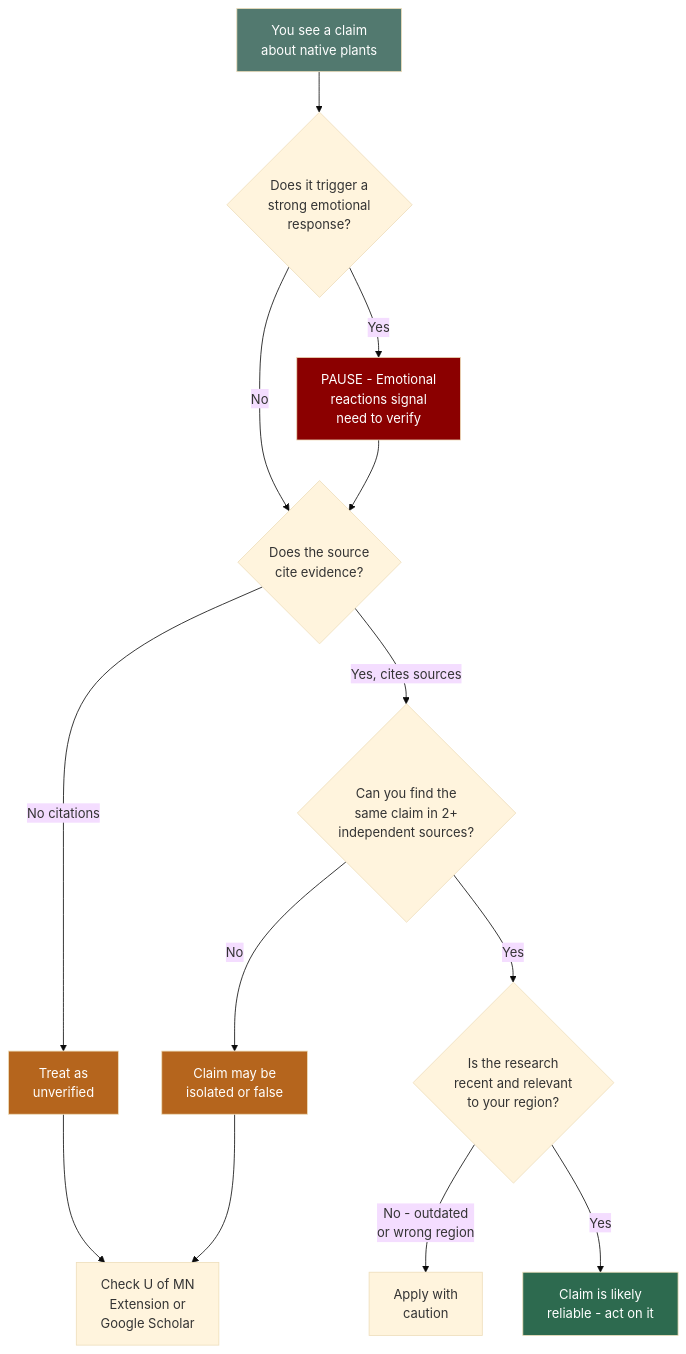
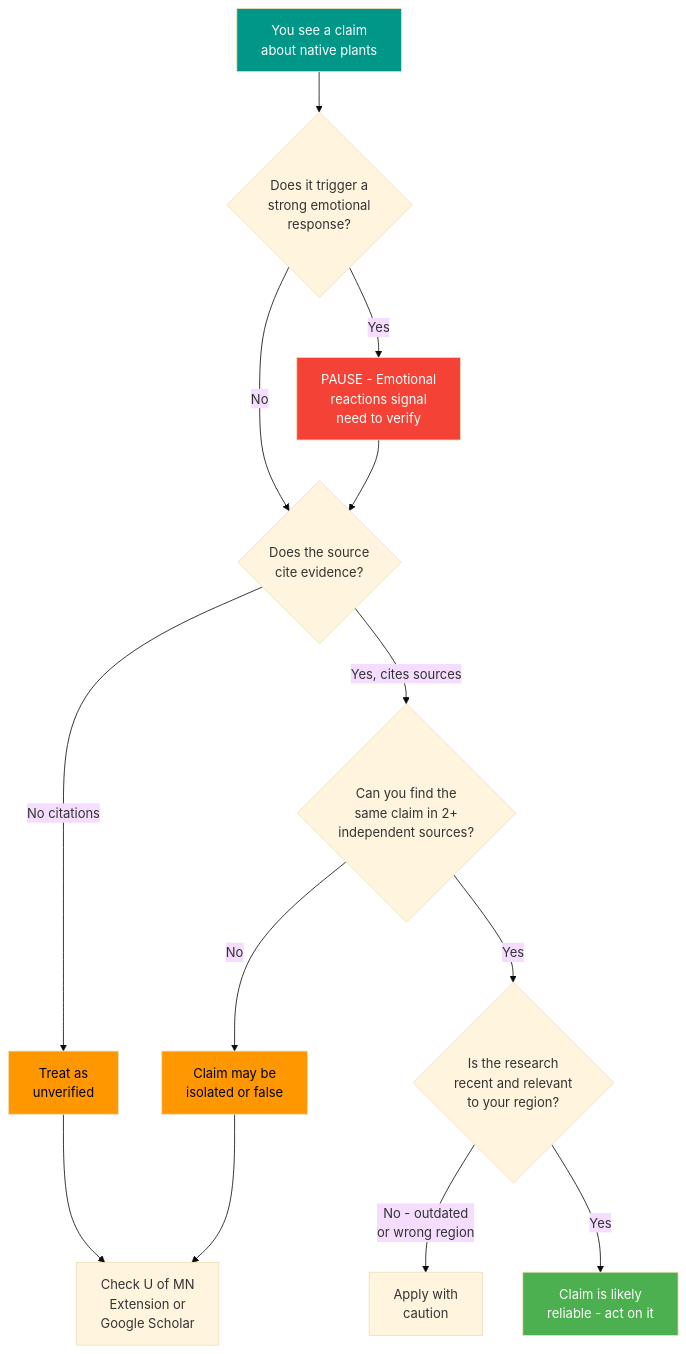
One commit to arunbatchu/minnesota-native-plants changed the second of 2 diagrams in docs/chapters/16-critical-thinking-misinfo/index.md. Above: the diagram before and after it, drawn with Mermaid (base theme). The commit also changed other lines of this file and 10 other files, not shown here.

First line of the commit message:
Fix Mermaid diagram colors for accessibility — high contrast palette

````diff
--- a/docs/chapters/16-critical-thinking-misinfo/index.md
+++ b/docs/chapters/16-critical-thinking-misinfo/index.md
@@ -308,27 +308,27 @@
 ```mermaid
 flowchart TD
     A["You see a claim<br>about native plants"] --> B{"Does it trigger a<br>strong emotional<br>response?"}
 
     B -->|"Yes"| C["PAUSE - Emotional<br>reactions signal<br>need to verify"]
     B -->|"No"| D{"Does the source<br>cite evidence?"}
 
     C --> D
 
     D -->|"No citations"| E["Treat as<br>unverified"]
     D -->|"Yes, cites sources"| F{"Can you find the<br>same claim in 2+<br>independent sources?"}
 
     F -->|"No"| G["Claim may be<br>isolated or false"]
     F -->|"Yes"| H{"Is the research<br>recent and relevant<br>to your region?"}
 
     H -->|"No - outdated<br>or wrong region"| I["Apply with<br>caution"]
     H -->|"Yes"| J["Claim is likely<br>reliable - act on it"]
 
     E --> K["Check U of MN<br>Extension or<br>Google Scholar"]
     G --> K
 
-    style A fill:#52796f,color:#fff
-    style J fill:#2d6a4f,color:#fff
-    style E fill:#b5651d,color:#fff
-    style G fill:#b5651d,color:#fff
-    style C fill:#8b0000,color:#fff
+    style A fill:#009688,color:#fff
+    style J fill:#4CAF50,color:#fff
+    style E fill:#FF9800,color:#000
+    style G fill:#FF9800,color:#000
+    style C fill:#F44336,color:#fff
 ```
````
